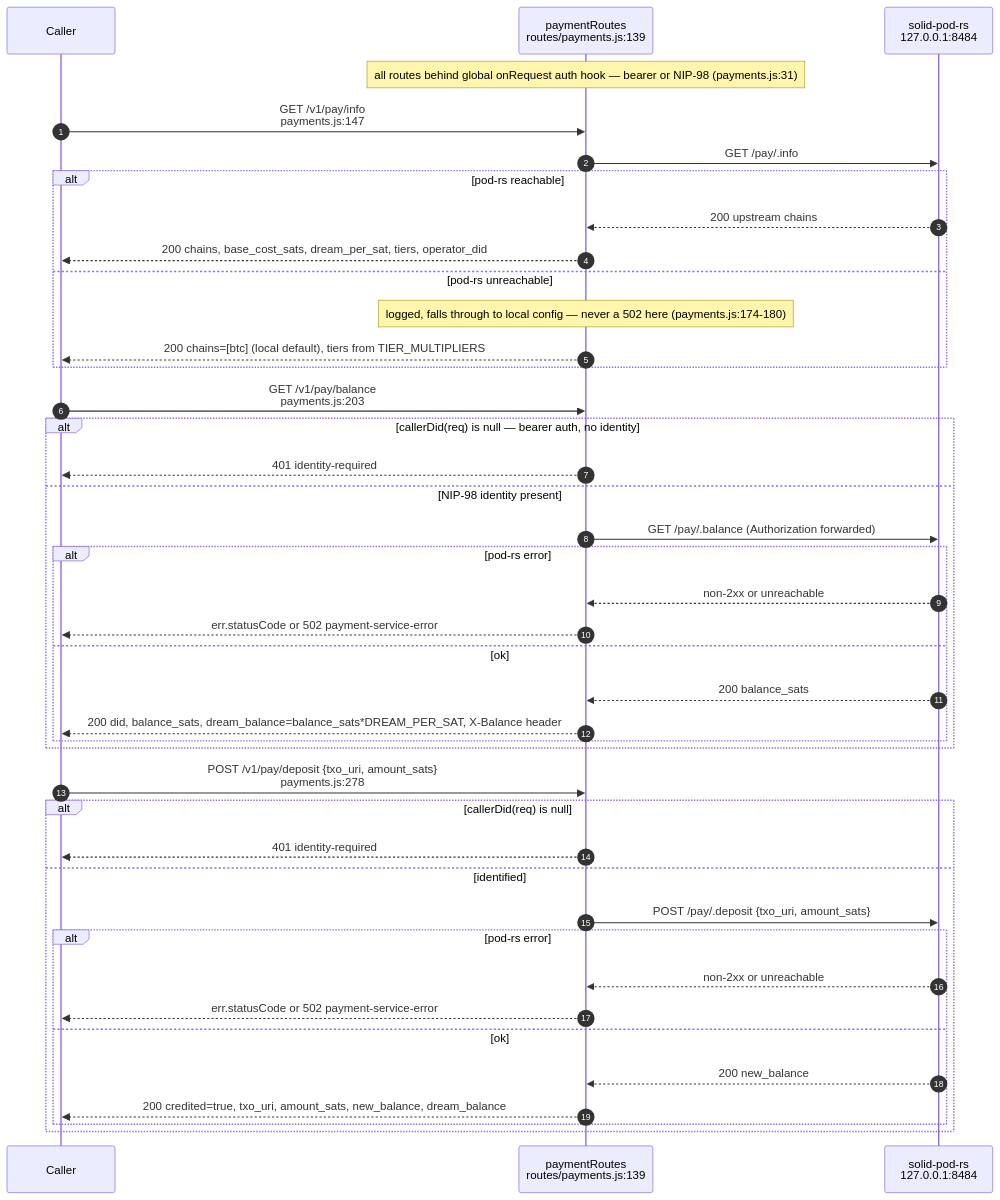
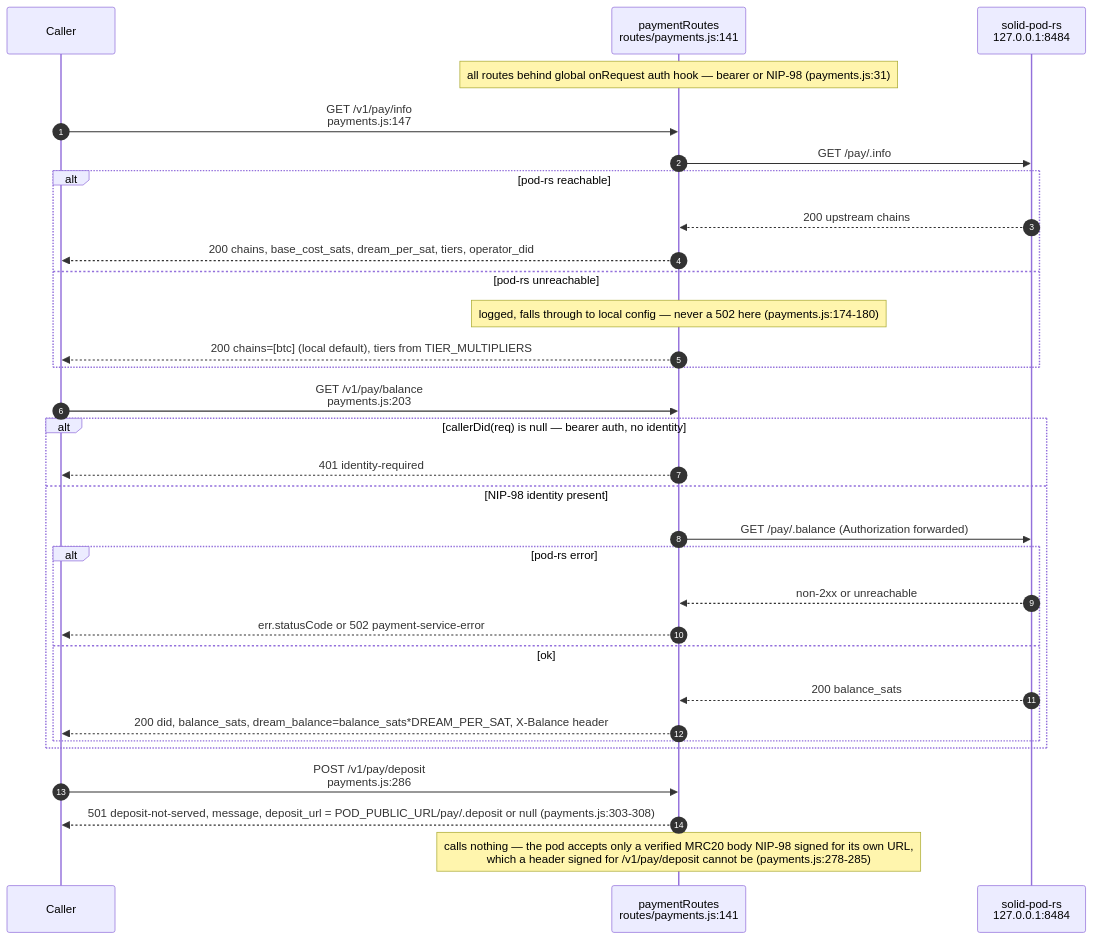
The seventh of 15 diagrams in docs/diagrams/agentbox/15-capability-gating-spend-consultants.md (DreamLab-AI/VisionFlow), drawn with Mermaid before and after one commit. The commit also changed other lines of this file and 173 other files, not shown here.

````diff
--- a/docs/diagrams/agentbox/15-capability-gating-spend-consultants.md
+++ b/docs/diagrams/agentbox/15-capability-gating-spend-consultants.md
@@ -339,47 +337,37 @@
 ```mermaid
 sequenceDiagram
     autonumber
     participant C as Caller
-    participant R as paymentRoutes<br/>routes/payments.js:139
+    participant R as paymentRoutes<br/>routes/payments.js:141
     participant Pod as solid-pod-rs<br/>127.0.0.1:8484
 
     Note over R: all routes behind global onRequest auth hook — bearer or NIP-98 (payments.js:31)
 
     C->>R: GET /v1/pay/info<br/>payments.js:147
     R->>Pod: GET /pay/.info
     alt pod-rs reachable
         Pod-->>R: 200 upstream chains
         R-->>C: 200 chains, base_cost_sats, dream_per_sat, tiers, operator_did
     else pod-rs unreachable
         Note over R: logged, falls through to local config — never a 502 here (payments.js:174-180)
         R-->>C: 200 chains=#91;btc#93; #40;local default#41;, tiers from TIER_MULTIPLIERS
     end
 
     C->>R: GET /v1/pay/balance<br/>payments.js:203
     alt callerDid(req) is null — bearer auth, no identity
         R-->>C: 401 identity-required
     else NIP-98 identity present
         R->>Pod: GET /pay/.balance #40;Authorization forwarded#41;
         alt pod-rs error
             Pod-->>R: non-2xx or unreachable
             R-->>C: err.statusCode or 502 payment-service-error
         else ok
             Pod-->>R: 200 balance_sats
             R-->>C: 200 did, balance_sats, dream_balance=balance_sats*DREAM_PER_SAT, X-Balance header
         end
     end
 
-    C->>R: POST /v1/pay/deposit {txo_uri, amount_sats}<br/>payments.js:278
-    alt callerDid(req) is null
-        R-->>C: 401 identity-required
-    else identified
-        R->>Pod: POST /pay/.deposit {txo_uri, amount_sats}
-        alt pod-rs error
-            Pod-->>R: non-2xx or unreachable
-            R-->>C: err.statusCode or 502 payment-service-error
-        else ok
-            Pod-->>R: 200 new_balance
-            R-->>C: 200 credited=true, txo_uri, amount_sats, new_balance, dream_balance
-        end
-    end
+    C->>R: POST /v1/pay/deposit<br/>payments.js:286
+    R-->>C: 501 deposit-not-served, message, deposit_url = POD_PUBLIC_URL/pay/.deposit or null (payments.js:303-308)
+    Note over R: calls nothing — the pod accepts only a verified MRC20 body NIP-98 signed for its own URL,<br/>which a header signed for /v1/pay/deposit cannot be (payments.js:278-285)
 ```
````
